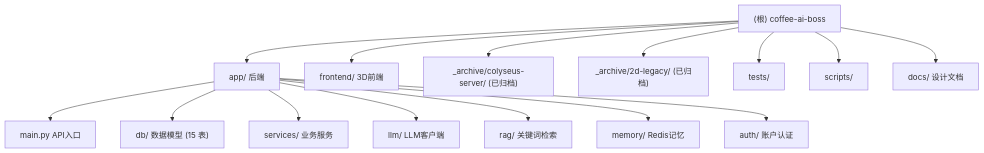
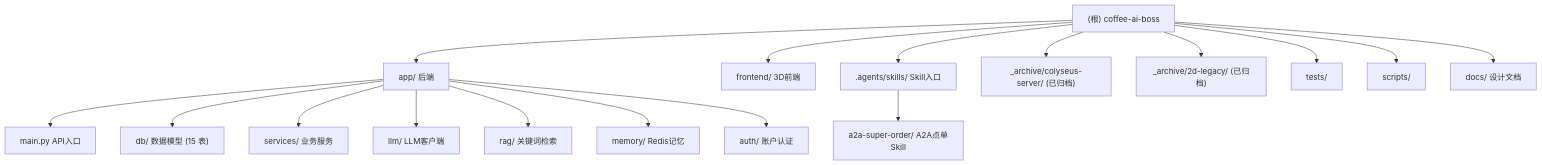
One commit to flying-dragon-ai/super-agentic-diner changed the diagram in CLAUDE.md. Above: the diagram before and after it, drawn with Mermaid. The commit also changed other lines of this file and 16 other files, not shown here.

````diff
--- a/CLAUDE.md
+++ b/CLAUDE.md
@@ -96,21 +103,24 @@
 ```mermaid
 graph TD
     Root["(根) coffee-ai-boss"] --> App["app/ 后端"]
     Root --> Frontend["frontend/ 3D前端"]
+    Root --> Agents[".agents/skills/ Skill入口"]
     Root --> ArchiveColyseus["_archive/colyseus-server/ (已归档)"]
     Root --> Archive2D["_archive/2d-legacy/ (已归档)"]
     Root --> Tests["tests/"]
     Root --> Scripts["scripts/"]
     Root --> Docs["docs/ 设计文档"]
     App --> AppMain["main.py API入口"]
     App --> AppDb["db/ 数据模型 (15 表)"]
     App --> AppServices["services/ 业务服务"]
     App --> AppLlm["llm/ LLM客户端"]
     App --> AppRag["rag/ 关键词检索"]
     App --> AppMemory["memory/ Redis记忆"]
     App --> AppAuth["auth/ 账户认证"]
+    Agents --> A2ASkill["a2a-super-order/ A2A点单Skill"]
 
     click App "./app/CLAUDE.md" "查看后端模块文档"
     click Frontend "./frontend/CLAUDE.md" "查看 3D 前端模块文档"
+    click A2ASkill "./.agents/skills/a2a-super-order/CLAUDE.md" "查看 A2A 超级点单 Skill 模块文档"
     click ArchiveColyseus "./_archive/colyseus-server/CLAUDE.md" "查看已归档 Colyseus 服务器文档"
 ```
````
